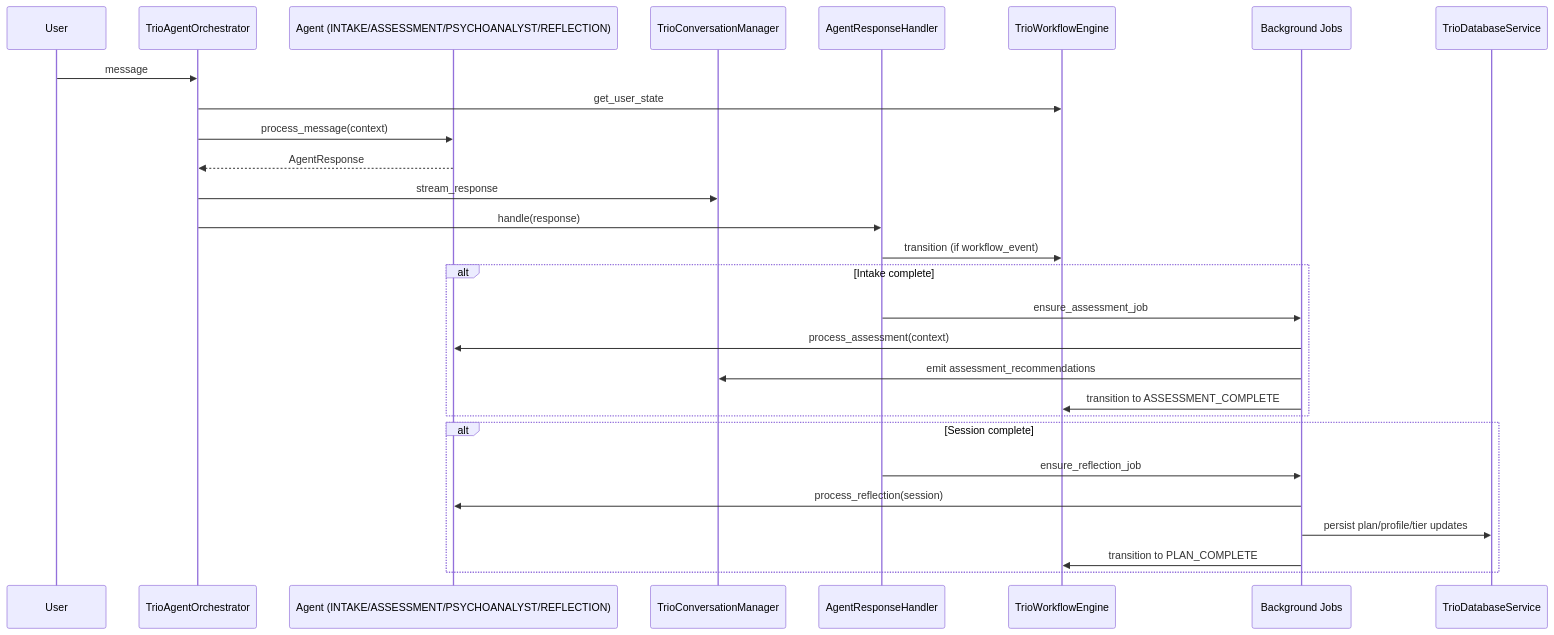
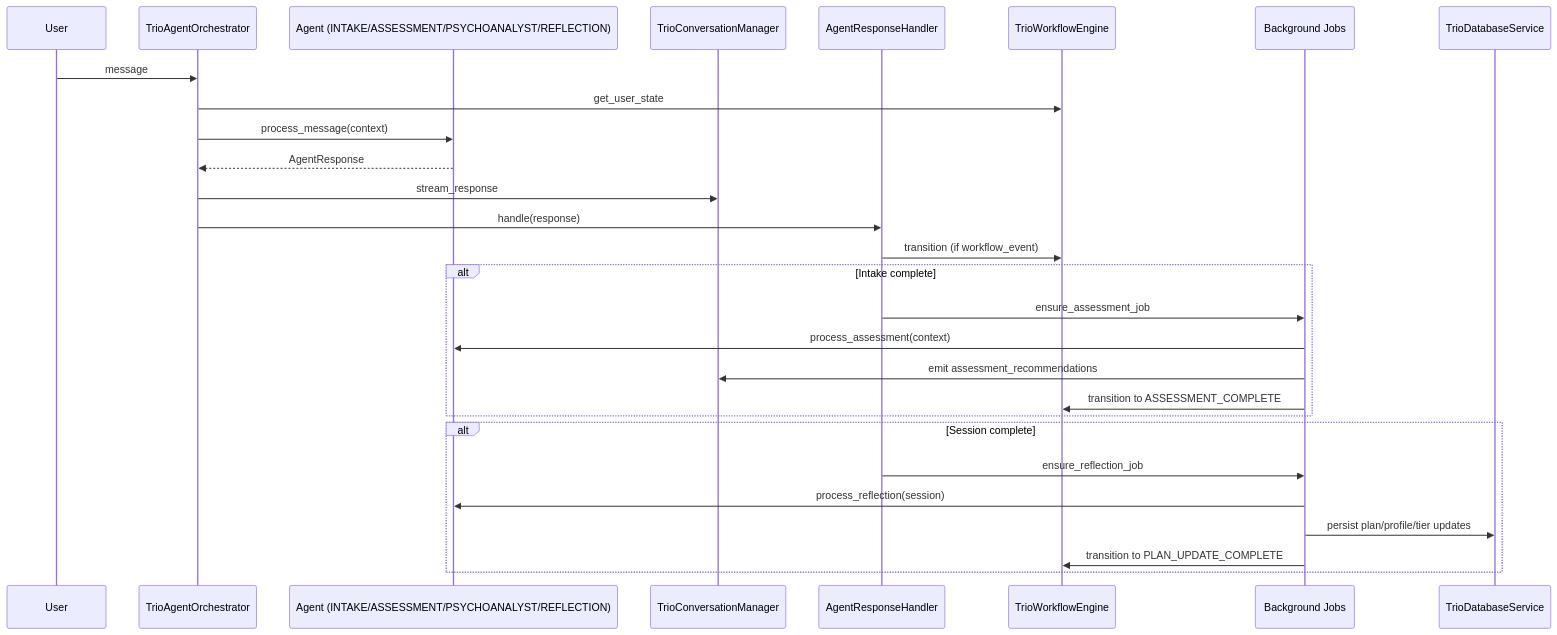
Before and after one commit to HagbardCel/llm_psychology: the diagram in docs/agents/README.md, drawn with Mermaid. The commit also changed other lines of this file and 30 other files, not shown here.

````diff
--- a/docs/agents/README.md
+++ b/docs/agents/README.md
@@ -49,33 +49,33 @@
 ```mermaid
 sequenceDiagram
     participant User
     participant Orchestrator as TrioAgentOrchestrator
     participant Agent as Agent (INTAKE/ASSESSMENT/PSYCHOANALYST/REFLECTION)
     participant Conv as TrioConversationManager
     participant Handler as AgentResponseHandler
     participant WF as TrioWorkflowEngine
     participant Jobs as Background Jobs
     participant DB as TrioDatabaseService
 
     User->>Orchestrator: message
     Orchestrator->>WF: get_user_state
     Orchestrator->>Agent: process_message(context)
     Agent-->>Orchestrator: AgentResponse
     Orchestrator->>Conv: stream_response
     Orchestrator->>Handler: handle(response)
     Handler->>WF: transition (if workflow_event)
 
     alt Intake complete
         Handler->>Jobs: ensure_assessment_job
         Jobs->>Agent: process_assessment(context)
         Jobs->>Conv: emit assessment_recommendations
         Jobs->>WF: transition to ASSESSMENT_COMPLETE
     end
 
     alt Session complete
         Handler->>Jobs: ensure_reflection_job
         Jobs->>Agent: process_reflection(session)
         Jobs->>DB: persist plan/profile/tier updates
-        Jobs->>WF: transition to PLAN_COMPLETE
+        Jobs->>WF: transition to PLAN_UPDATE_COMPLETE
     end
 ```
````
